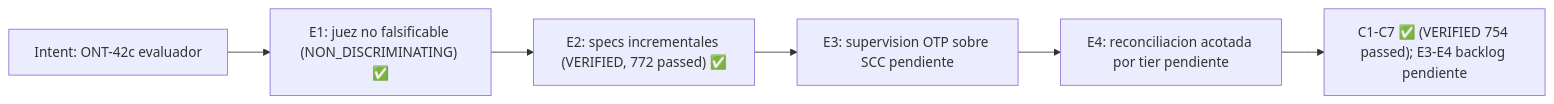
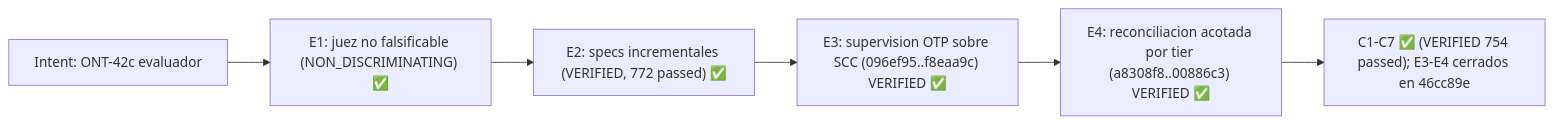
The third of 13 diagrams in docs/MILESTONES.md (ancrz/agent-execution-plane), drawn with Mermaid before and after one commit. The commit also changed other lines of this file and 1 other file, not shown here.

````diff
--- a/docs/MILESTONES.md
+++ b/docs/MILESTONES.md
@@ -244,8 +244,8 @@
 ```mermaid
 flowchart LR
     I6["Intent: ONT-42c evaluador"] --> E1["E1: juez no falsificable (NON_DISCRIMINATING) ✅"]
     E1 --> E2["E2: specs incrementales (VERIFIED, 772 passed) ✅"]
-    E2 --> E3["E3: supervision OTP sobre SCC pendiente"]
-    E3 --> E4["E4: reconciliacion acotada por tier pendiente"]
-    E4 --> C7["C1-C7 ✅ (VERIFIED 754 passed); E3-E4 backlog pendiente"]
+    E2 --> E3["E3: supervision OTP sobre SCC (096ef95..f8eaa9c) VERIFIED ✅"]
+    E3 --> E4["E4: reconciliacion acotada por tier (a8308f8..00886c3) VERIFIED ✅"]
+    E4 --> C7["C1-C7 ✅ (VERIFIED 754 passed); E3-E4 cerrados en 46cc89e"]
 ```
````
